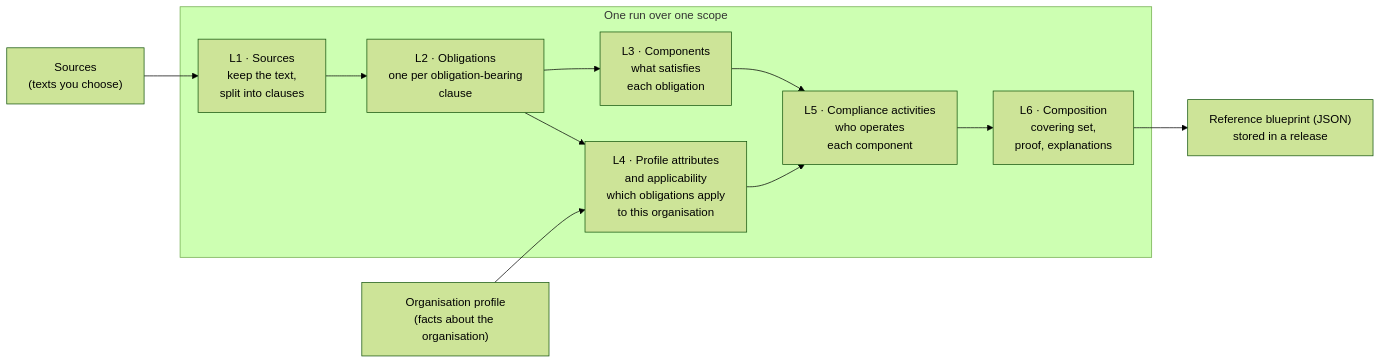
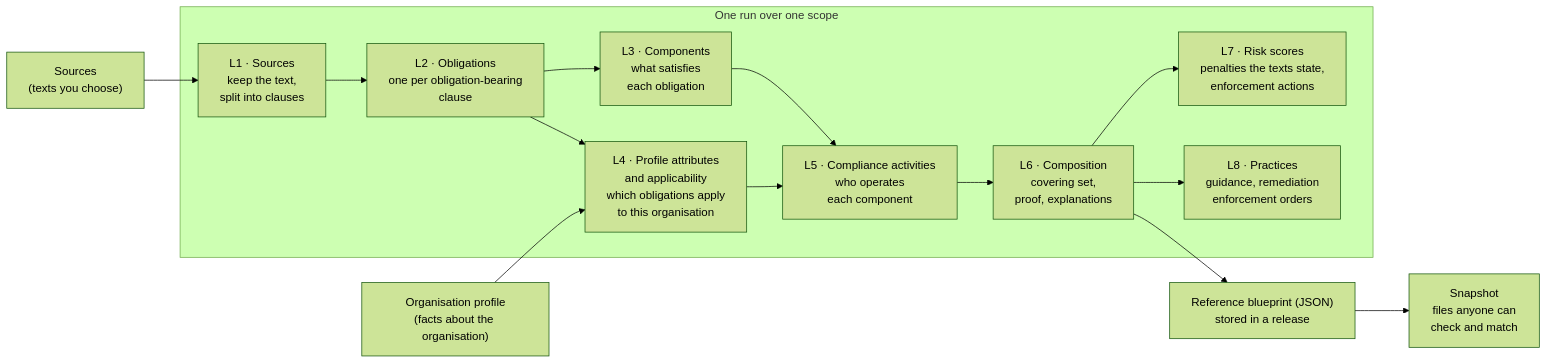
The diagram in README.md (Reg42-ai/clhear), drawn with Mermaid (forest theme) before and after one commit. The commit also changed other lines of this file and 3 other files, not shown here.

````diff
--- a/README.md
+++ b/README.md
@@ -37,14 +40,17 @@
 ```mermaid
 flowchart LR
     S["Sources<br/>(texts you choose)"] --> L1
     P["Organisation profile<br/>(facts about the organisation)"] --> L4
     subgraph run["One run over one scope"]
         L1["L1 · Sources<br/>keep the text,<br/>split into clauses"] --> L2["L2 · Obligations<br/>one per obligation-bearing<br/>clause"]
         L2 --> L3["L3 · Components<br/>what satisfies<br/>each obligation"]
         L2 --> L4["L4 · Profile attributes<br/>and applicability<br/>which obligations apply<br/>to this organisation"]
         L3 --> L5["L5 · Compliance activities<br/>who operates<br/>each component"]
         L4 --> L5
         L5 --> L6["L6 · Composition<br/>covering set,<br/>proof, explanations"]
+        L6 --> L7["L7 · Risk scores<br/>penalties the texts state,<br/>enforcement actions"]
+        L6 --> L8["L8 · Practices<br/>guidance, remediation<br/>enforcement orders"]
     end
     L6 --> B["Reference blueprint (JSON)<br/>stored in a release"]
+    B --> N["Snapshot<br/>files anyone can<br/>check and match"]
 ```
````
